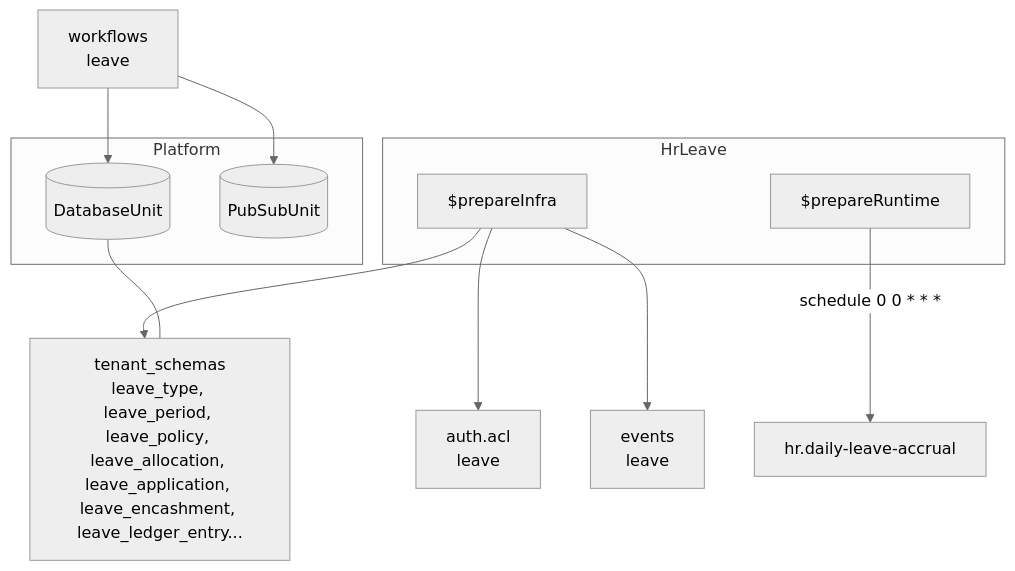
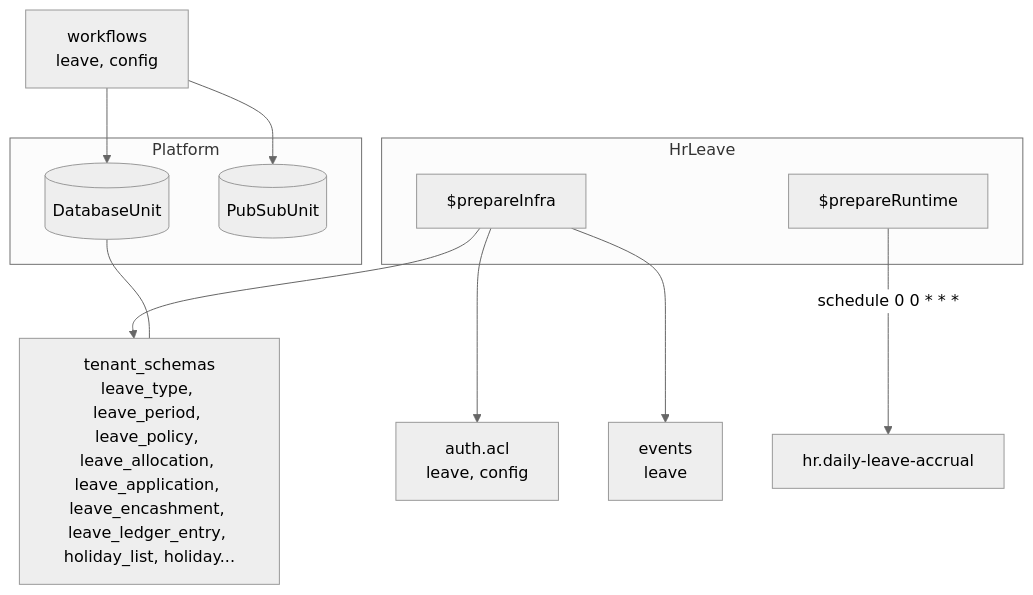
One commit to AdityaBorkar/aspen-os changed the first of 2 diagrams in packages/hr-leave/docs/overview.mdx. Above: the diagram before and after it, drawn with Mermaid (neutral theme). The commit also changed other lines of this file and 41 other files, not shown here.

````diff
--- a/packages/hr-leave/docs/overview.mdx
+++ b/packages/hr-leave/docs/overview.mdx
@@ -40,22 +40,22 @@
 ```mermaid
 flowchart TB
   subgraph platform[Platform]
     DB[(DatabaseUnit)]
     PS[(PubSubUnit)]
   end
 
   subgraph hrLeave[HrLeave]
     PI[$prepareInfra]
     PR[$prepareRuntime]
   end
 
-  PI --> ACL[auth.acl\nleave]
-  PI --> TS[tenant_schemas\nleave_type, leave_period, leave_policy, leave_allocation, leave_application, leave_encashment, leave_ledger_entry...]
+  PI --> ACL[auth.acl\nleave, config]
+  PI --> TS[tenant_schemas\nleave_type, leave_period, leave_policy, leave_allocation, leave_application, leave_encashment, leave_ledger_entry, holiday_list, holiday...]
   PI --> EV[events\nleave]
 
   PR -->|schedule 0 0 * * *| CRON[hr.daily-leave-accrual]
 
-  WF[workflows\nleave] --> DB
+  WF[workflows\nleave, config] --> DB
   WF --> PS
   DB --- TS
 ```
````
